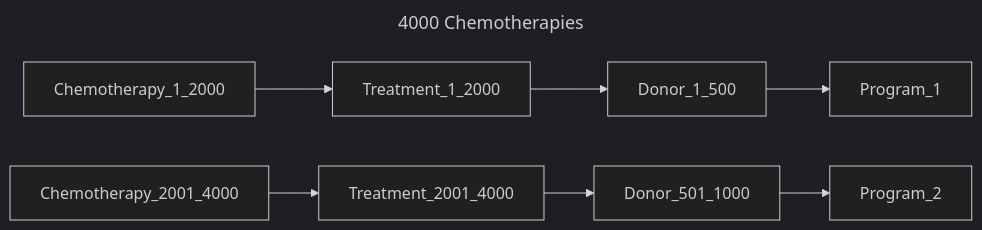
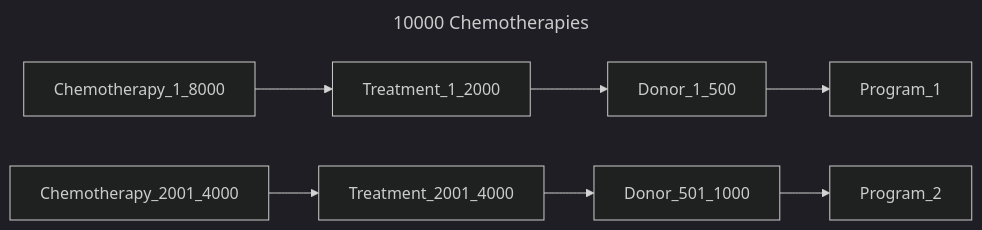
One commit to bento-platform/katsu changed the sixth of 14 diagrams in chord_metadata_service/mohpackets/data/large_dataset/README.md. Above: the diagram before and after it, drawn with Mermaid (dark theme). The commit also changed other lines of this file, not shown here.

````diff
--- a/chord_metadata_service/mohpackets/data/large_dataset/README.md
+++ b/chord_metadata_service/mohpackets/data/large_dataset/README.md
@@ -103,8 +103,8 @@
 ```mermaid
 ---
-title: 4000 Chemotherapies
+title: 10000 Chemotherapies
 ---
 graph LR;  
-  Chemotherapy_1_2000 --> Treatment_1_2000 --> Donor_1_500 --> Program_1;
+  Chemotherapy_1_8000 --> Treatment_1_2000 --> Donor_1_500 --> Program_1;
   Chemotherapy_2001_4000 --> Treatment_2001_4000 --> Donor_501_1000 --> Program_2;
 ```
````
